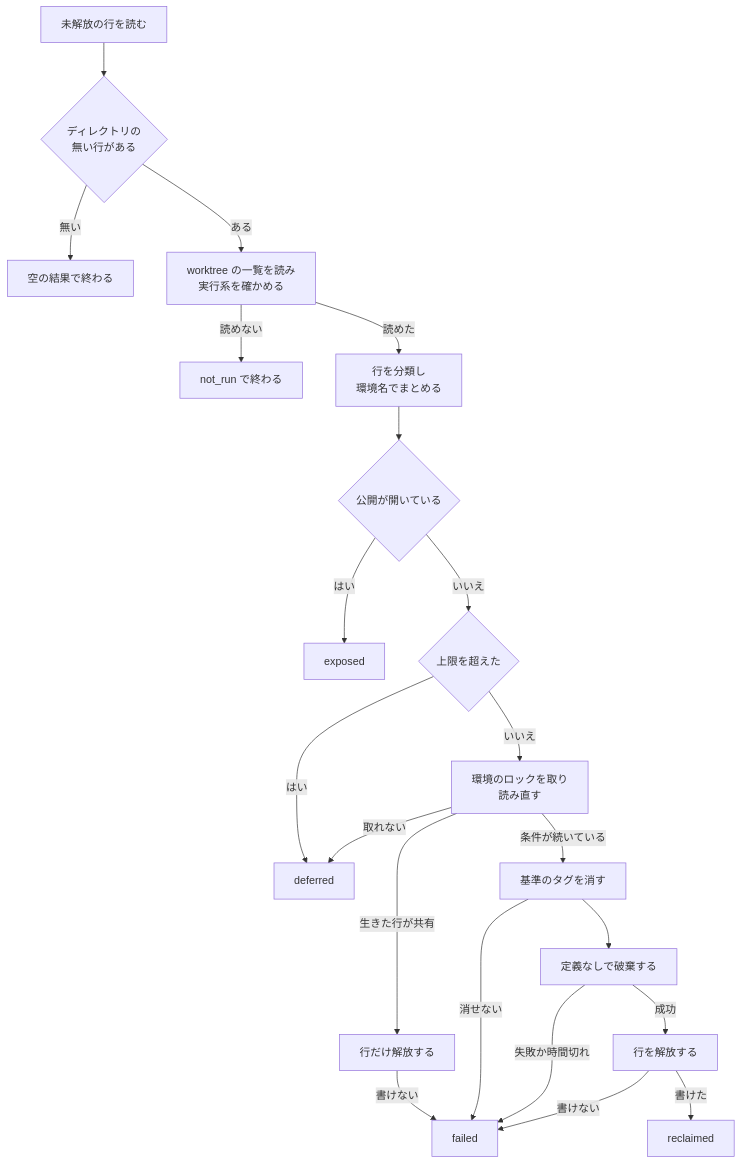
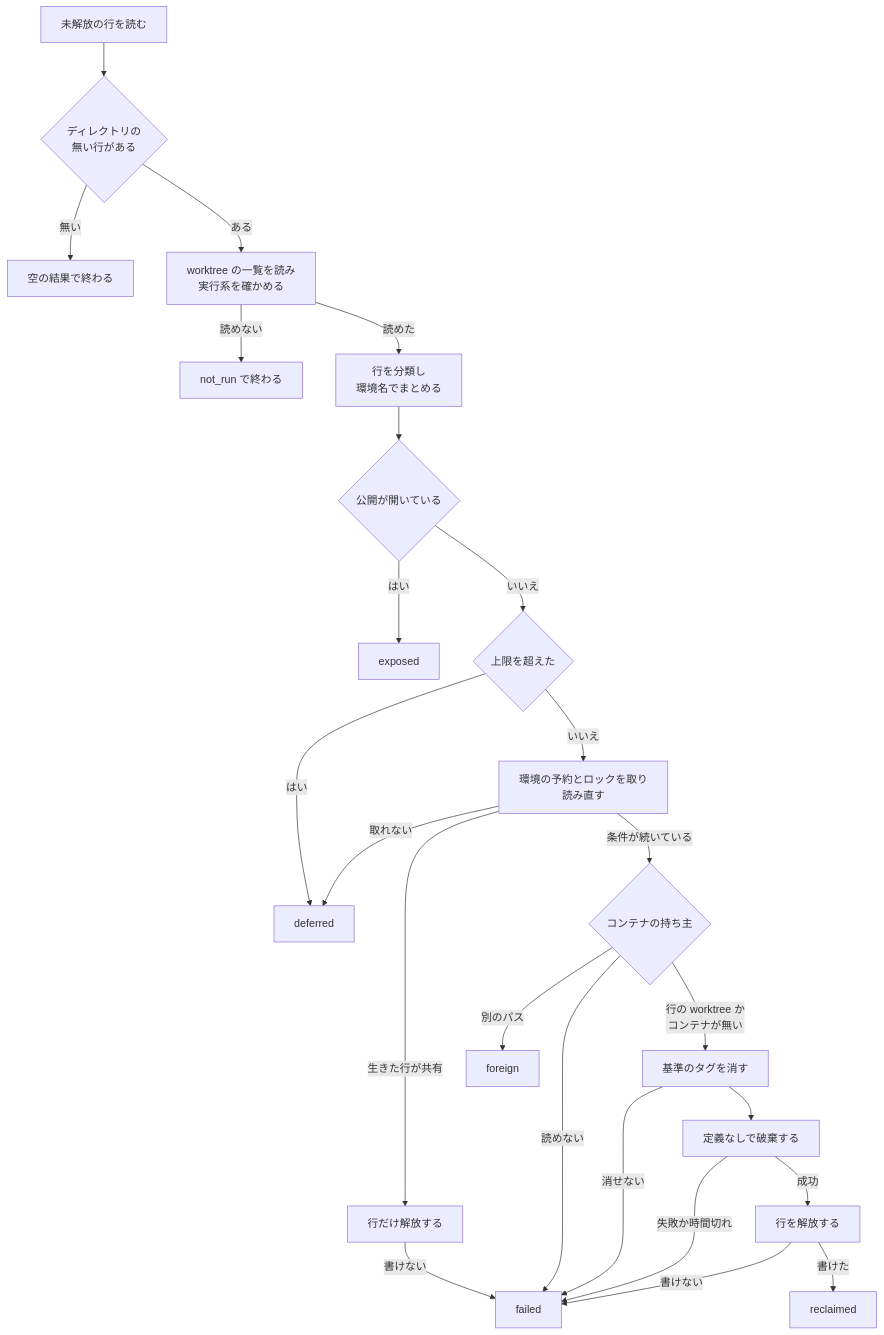
Before and after one commit to devbasex/ai-plugins: the third of 5 diagrams in issues/issue-2660-design.md, drawn with Mermaid. The commit also changed other lines of this file and 2 other files, not shown here.

````diff
--- a/issues/issue-2660-design.md
+++ b/issues/issue-2660-design.md
@@ -323,23 +364,26 @@
 ```mermaid
 graph TD
     A[未解放の行を読む] --> B{ディレクトリの<br/>無い行がある}
     B -->|無い| Z[空の結果で終わる]
     B -->|ある| C[worktree の一覧を読み<br/>実行系を確かめる]
     C -->|読めない| N[not_run で終わる]
     C -->|読めた| D[行を分類し<br/>環境名でまとめる]
     D --> E{公開が開いている}
     E -->|はい| X[exposed]
     E -->|いいえ| F{上限を超えた}
     F -->|はい| Y[deferred]
-    F -->|いいえ| G[環境のロックを取り<br/>読み直す]
+    F -->|いいえ| G[環境の予約とロックを取り<br/>読み直す]
     G -->|取れない| Y
     G -->|生きた行が共有| H[行だけ解放する]
-    G -->|条件が続いている| I[基準のタグを消す]
+    G -->|条件が続いている| P{コンテナの持ち主}
+    P -->|別のパス| Q[foreign]
+    P -->|読めない| J
+    P -->|行の worktree か<br/>コンテナが無い| I[基準のタグを消す]
     I -->|消せない| J[failed]
     I --> K[定義なしで破棄する]
     K -->|失敗か時間切れ| J
     K -->|成功| L[行を解放する]
     L -->|書けない| J
     L -->|書けた| M[reclaimed]
     H -->|書けない| J
 ```
````
